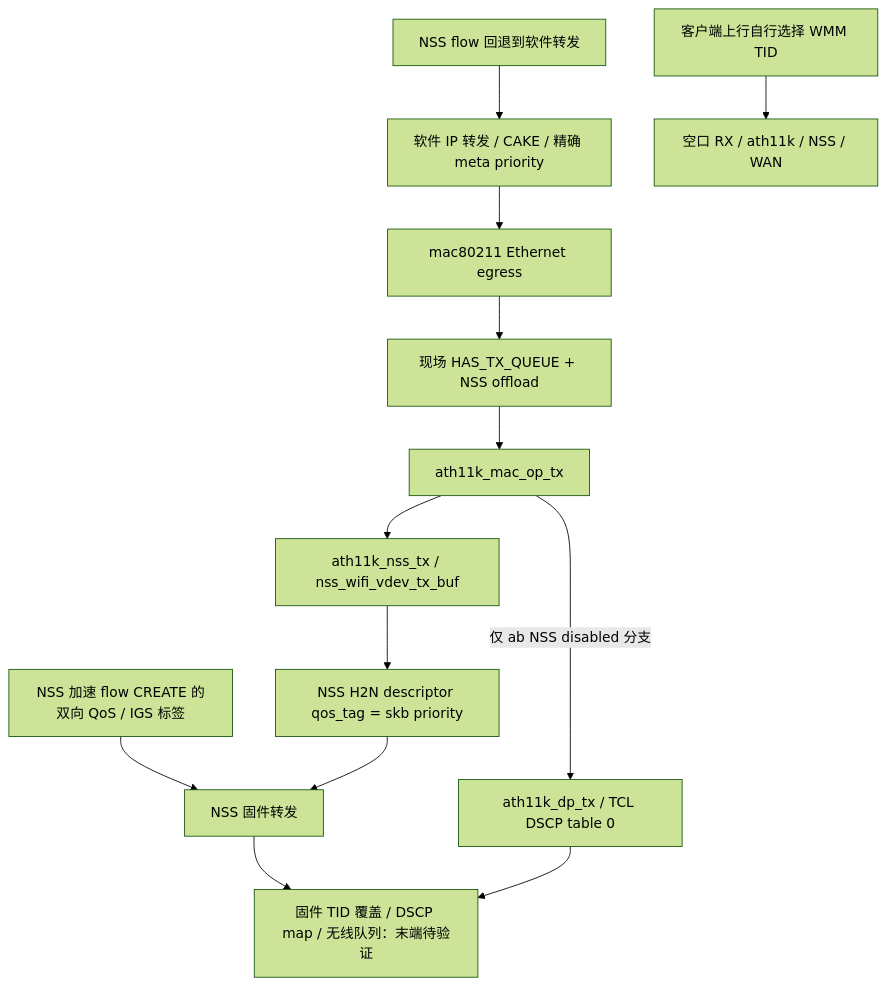
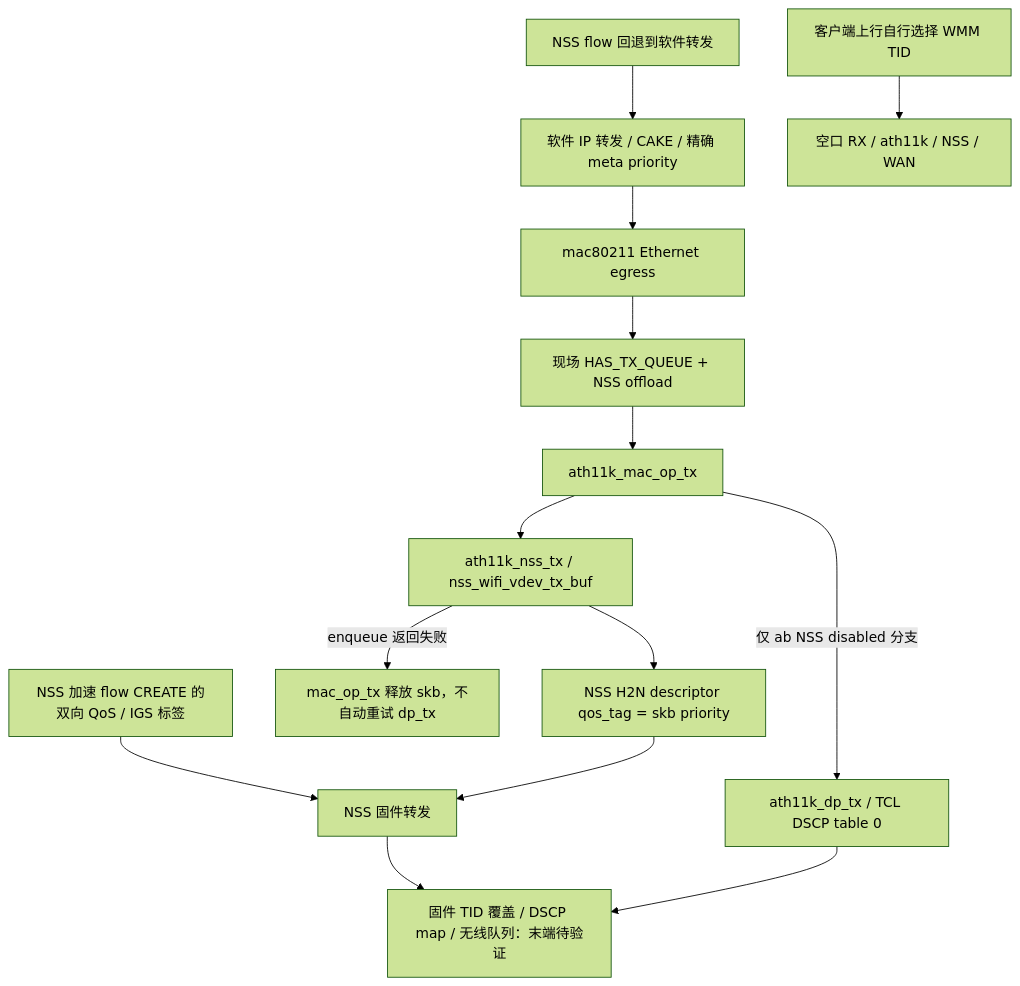
One commit to ZyPulse-zy/athena-nss-mainline changed the diagram in docs/DORM_V2_WIFI_AUDIT.md. Above: the diagram before and after it, drawn with Mermaid (forest theme). The commit also changed other lines of this file, not shown here.

Commit message:
Clarify Wi-Fi flow fallback and NSS enqueue failure paths

````diff
--- a/docs/DORM_V2_WIFI_AUDIT.md
+++ b/docs/DORM_V2_WIFI_AUDIT.md
@@ -110,15 +110,16 @@
 ```mermaid
 flowchart TD
     S[软件 IP 转发 / CAKE / 精确 meta priority] --> E[mac80211 Ethernet egress]
     E --> H[现场 HAS_TX_QUEUE + NSS offload]
     H --> A[ath11k_mac_op_tx]
     A --> N[ath11k_nss_tx / nss_wifi_vdev_tx_buf]
     N --> Q[NSS H2N descriptor qos_tag = skb priority]
+    N -->|enqueue 返回失败| X[mac_op_tx 释放 skb，不自动重试 dp_tx]
     F[NSS 加速 flow CREATE 的双向 QoS / IGS 标签] --> W[NSS 固件转发]
     Q --> W
     W --> U[固件 TID 覆盖 / DSCP map / 无线队列：末端待验证]
     A -->|仅 ab NSS disabled 分支| D[ath11k_dp_tx / TCL DSCP table 0]
     D --> U
     R[NSS flow 回退到软件转发] --> S
     C[客户端上行自行选择 WMM TID] --> RX[空口 RX / ath11k / NSS / WAN]
 ```
````
